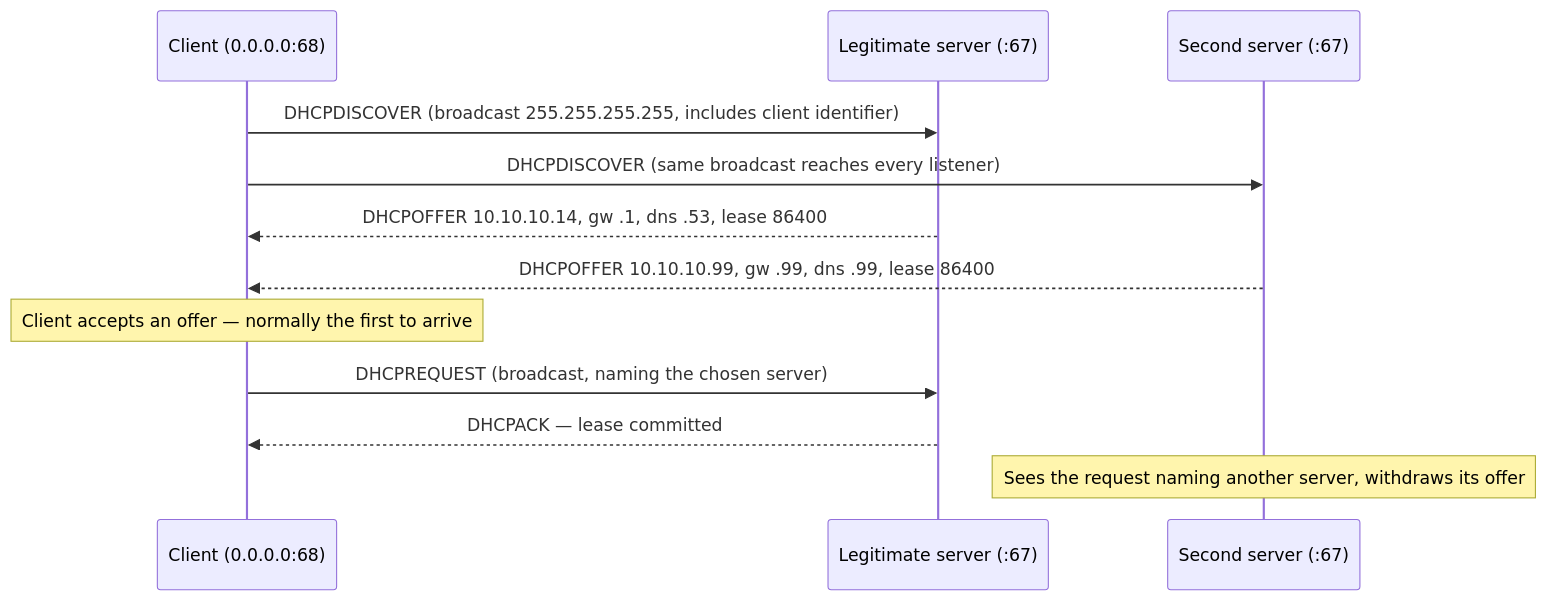
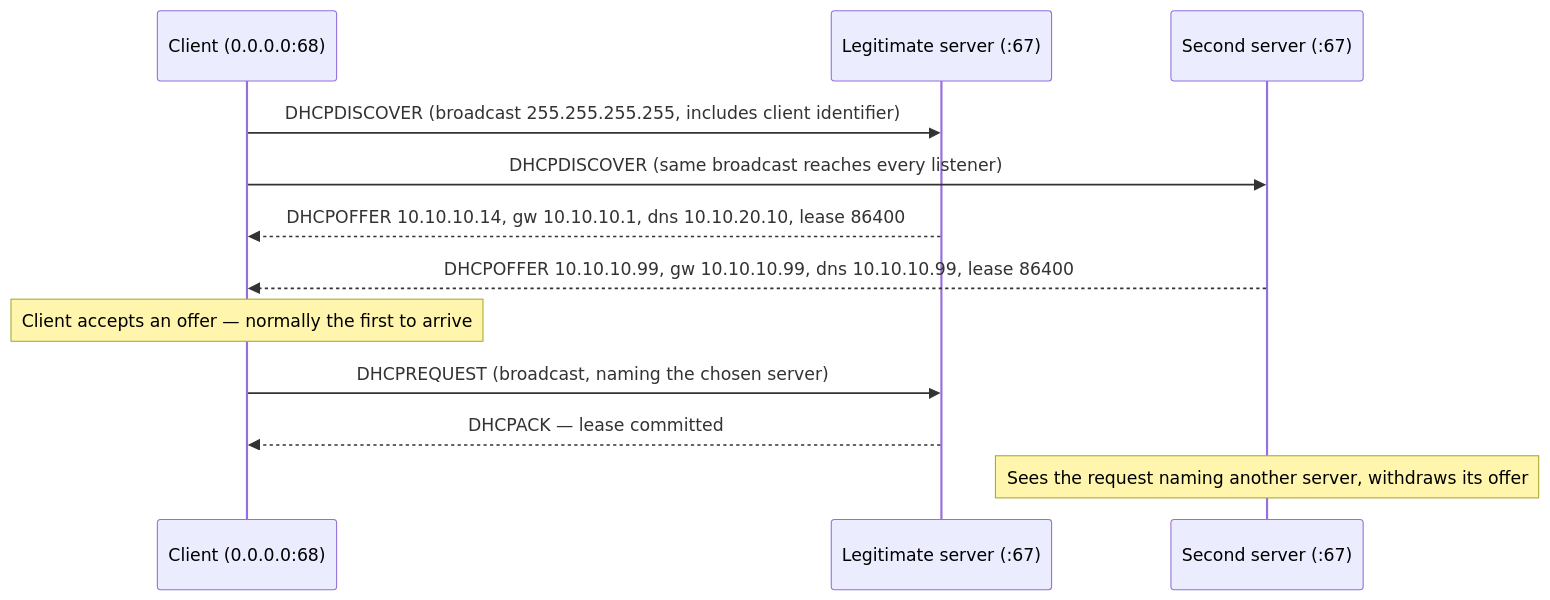
One commit to nnr-root/cybersec-crook2root-notes changed the diagram in Networking/Addressing & Subnetting/Address Assignment & DHCP.md. Above: the diagram before and after it, drawn with Mermaid. The commit also changed other lines of this file and 1 other file, not shown here.

First paragraph of the commit message:
Address Assignment & DHCP, and two Thread corrections it surfaced
The note itself is sound — the DORA sequence, the option numbers, T1 at 50% and
T2 at 87.5% of an 86400s lease all check out. Two addressing problems, both of
which turned out to be about the topology rather than the note.

````diff
--- a/Networking/Addressing & Subnetting/Address Assignment & DHCP.md
+++ b/Networking/Addressing & Subnetting/Address Assignment & DHCP.md
@@ -58,14 +58,14 @@
 ```mermaid
 sequenceDiagram
     participant C as Client (0.0.0.0:68)
     participant S1 as Legitimate server (:67)
     participant S2 as Second server (:67)
     C->>S1: DHCPDISCOVER (broadcast 255.255.255.255, includes client identifier)
     C->>S2: DHCPDISCOVER (same broadcast reaches every listener)
-    S1-->>C: DHCPOFFER 10.10.10.14, gw .1, dns .53, lease 86400
-    S2-->>C: DHCPOFFER 10.10.10.99, gw .99, dns .99, lease 86400
+    S1-->>C: DHCPOFFER 10.10.10.14, gw 10.10.10.1, dns 10.10.20.10, lease 86400
+    S2-->>C: DHCPOFFER 10.10.10.99, gw 10.10.10.99, dns 10.10.10.99, lease 86400
     Note over C: Client accepts an offer — normally the first to arrive
     C->>S1: DHCPREQUEST (broadcast, naming the chosen server)
     S1-->>C: DHCPACK — lease committed
     Note over S2: Sees the request naming another server, withdraws its offer
 ```
````
